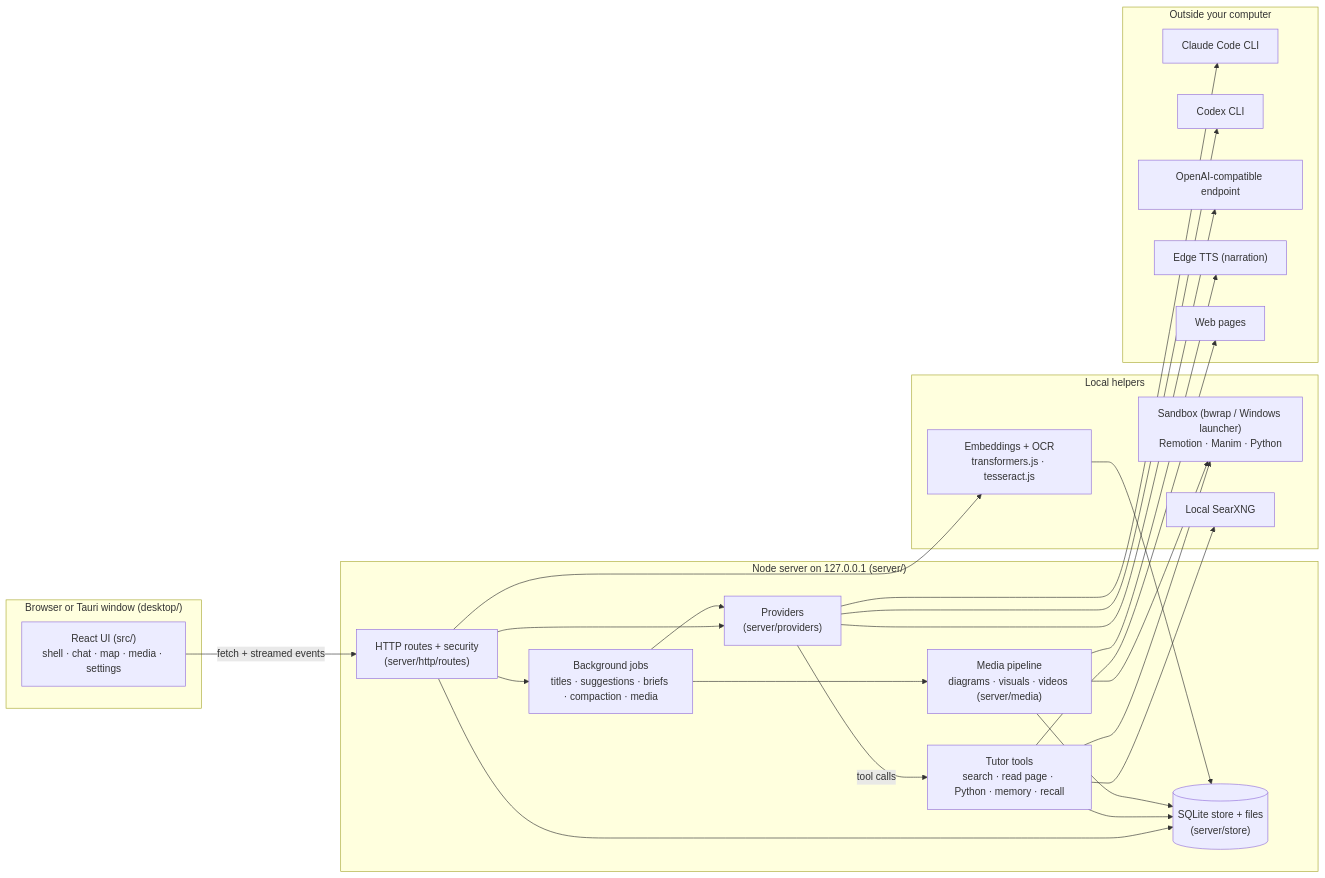
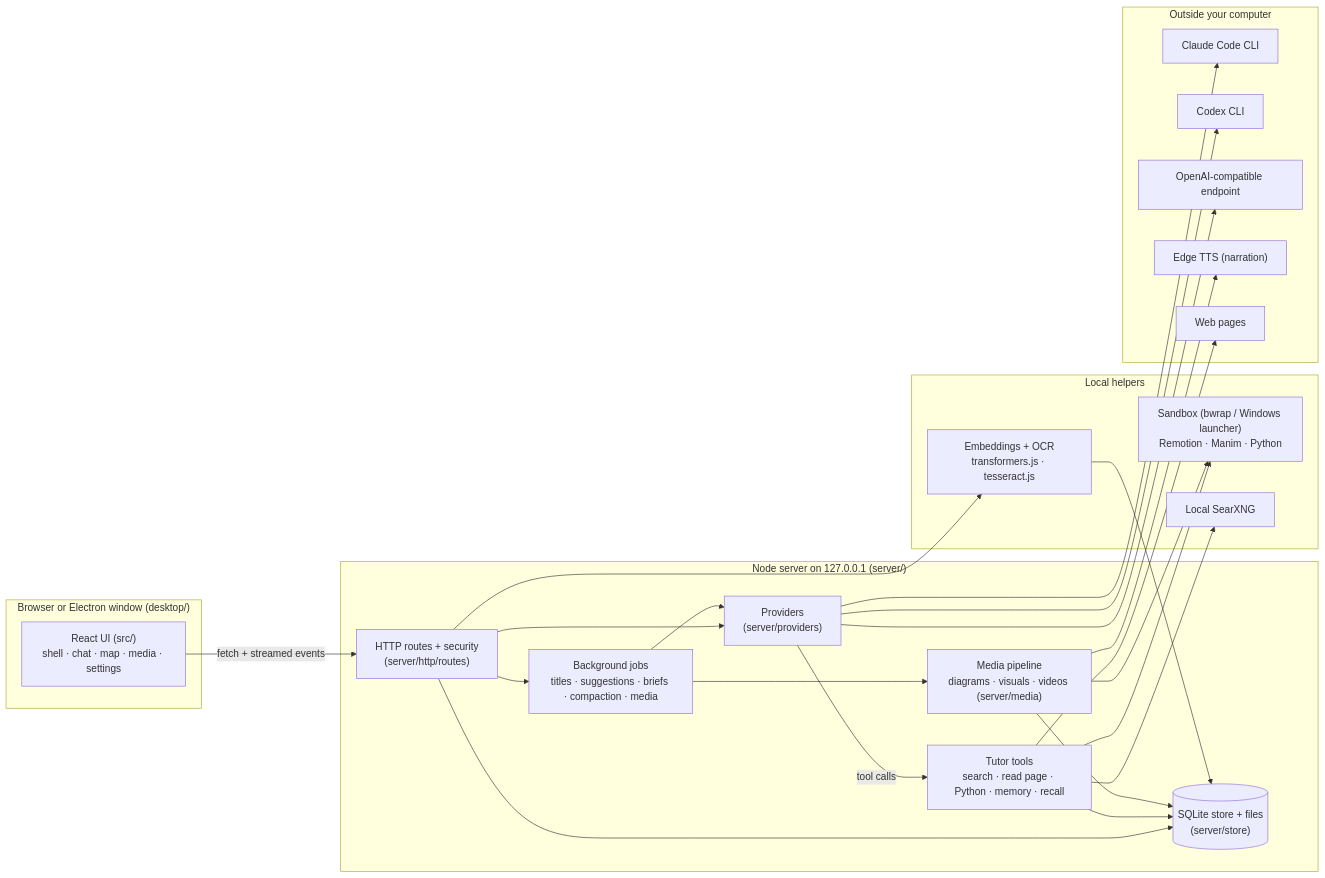
One commit to Thomastienn/Rabbithole changed the diagram in README.md. Above: the diagram before and after it, drawn with Mermaid. The commit also changed other lines of this file and 26 other files, not shown here.

First line of the commit message:
task: Rabbithole-elx.5 Electron desktop app for Linux replaces Tauri

````diff
--- a/README.md
+++ b/README.md
@@ -73,49 +73,49 @@
 ```mermaid
 flowchart LR
-    subgraph Client["Browser or Tauri window (desktop/)"]
+    subgraph Client["Browser or Electron window (desktop/)"]
         UI["React UI (src/)<br/>shell · chat · map · media · settings"]
     end
 
     subgraph Server["Node server on 127.0.0.1 (server/)"]
         HTTP["HTTP routes + security<br/>(server/http/routes)"]
         Jobs["Background jobs<br/>titles · suggestions · briefs · compaction · media"]
         Providers["Providers<br/>(server/providers)"]
         Tools["Tutor tools<br/>search · read page · Python · memory · recall"]
         Media["Media pipeline<br/>diagrams · visuals · videos (server/media)"]
         Store[("SQLite store + files<br/>(server/store)")]
     end
 
     subgraph Local["Local helpers"]
         Sandbox["Sandbox (bwrap / Windows launcher)<br/>Remotion · Manim · Python"]
         SearXNG["Local SearXNG"]
         ML["Embeddings + OCR<br/>transformers.js · tesseract.js"]
     end
 
     subgraph Remote["Outside your computer"]
         Claude["Claude Code CLI"]
         Codex["Codex CLI"]
         Endpoint["OpenAI-compatible endpoint"]
         TTS["Edge TTS (narration)"]
         Web["Web pages"]
     end
 
     UI -- "fetch + streamed events" --> HTTP
     HTTP --> Jobs
     HTTP --> Store
     HTTP --> Providers
     Jobs --> Providers
     Jobs --> Media
     Providers --> Claude
     Providers --> Codex
     Providers --> Endpoint
     Providers -- "tool calls" --> Tools
     Tools --> SearXNG
     Tools --> Web
     Tools --> Sandbox
     Tools --> Store
     Media --> Sandbox
     Media --> TTS
     Media --> Store
     HTTP --> ML
     ML --> Store
 ```
````
